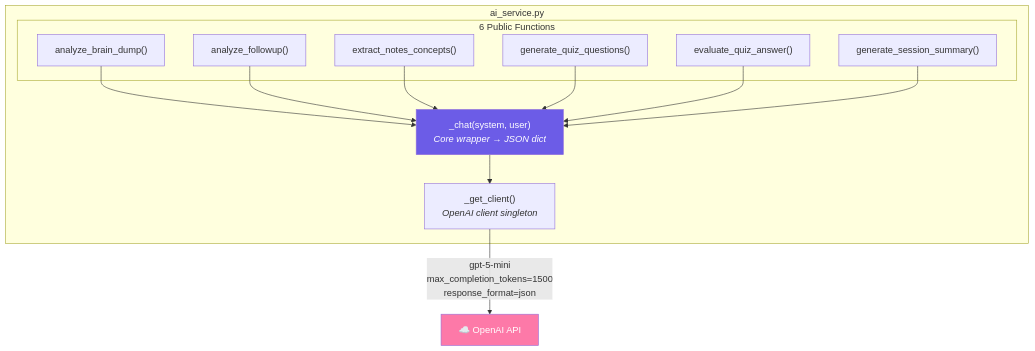
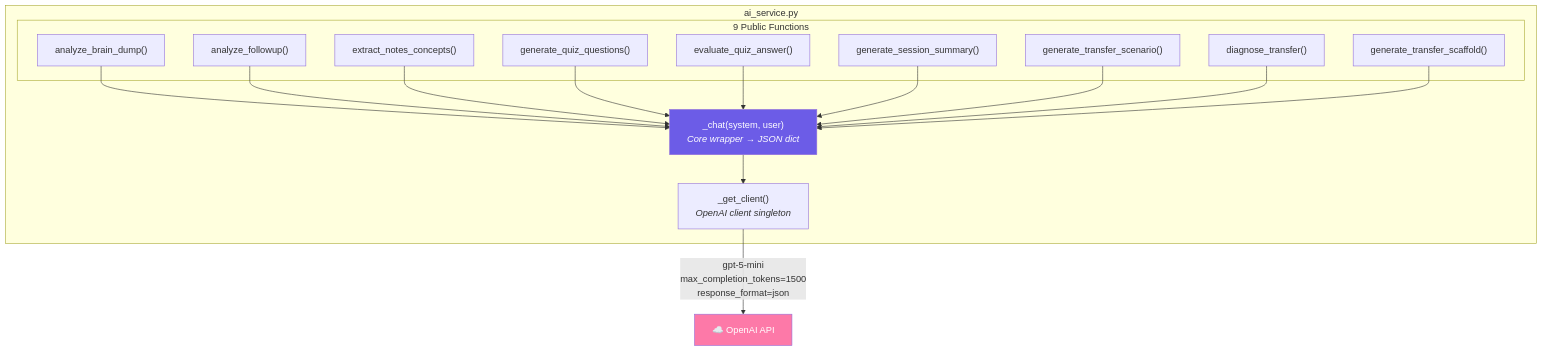
The first of 5 diagrams in docs/ai-pipeline.md (ChenMel27/adaptive-recall-engine), drawn with Mermaid before and after one commit. The commit also changed other lines of this file and 14 other files, not shown here.

````diff
--- a/docs/ai-pipeline.md
+++ b/docs/ai-pipeline.md
@@ -5,28 +5,34 @@
 ```mermaid
 graph TB
     subgraph "ai_service.py"
         Client["_get_client()<br/><i>OpenAI client singleton</i>"]
         Chat["_chat(system, user)<br/><i>Core wrapper → JSON dict</i>"]
 
-        subgraph "6 Public Functions"
+        subgraph "9 Public Functions"
             F1["analyze_brain_dump()"]
             F2["analyze_followup()"]
             F3["extract_notes_concepts()"]
             F4["generate_quiz_questions()"]
             F5["evaluate_quiz_answer()"]
             F6["generate_session_summary()"]
+            F7["generate_transfer_scenario()"]
+            F8["diagnose_transfer()"]
+            F9["generate_transfer_scaffold()"]
         end
     end
 
     F1 --> Chat
     F2 --> Chat
     F3 --> Chat
     F4 --> Chat
     F5 --> Chat
     F6 --> Chat
+    F7 --> Chat
+    F8 --> Chat
+    F9 --> Chat
     Chat --> Client
     Client -->|"gpt-5-mini<br/>max_completion_tokens=1500<br/>response_format=json"| API["☁️ OpenAI API"]
 
     style Chat fill:#6c5ce7,color:#fff
     style API fill:#fd79a8,color:#fff
 ```
````
